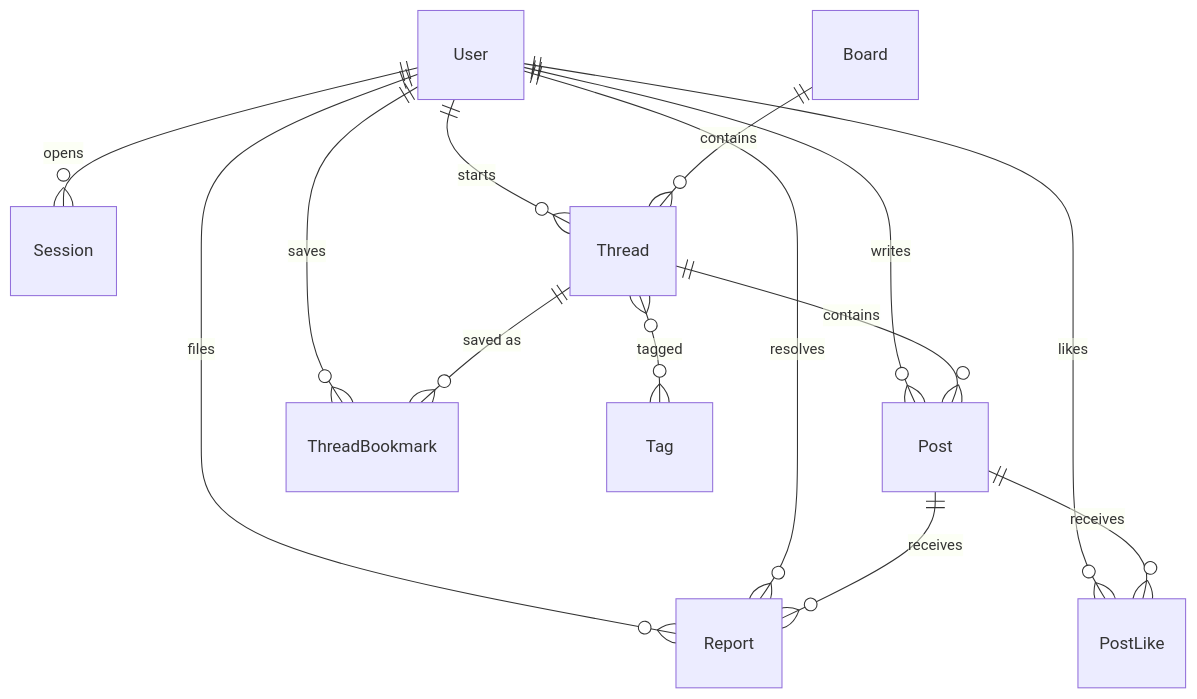
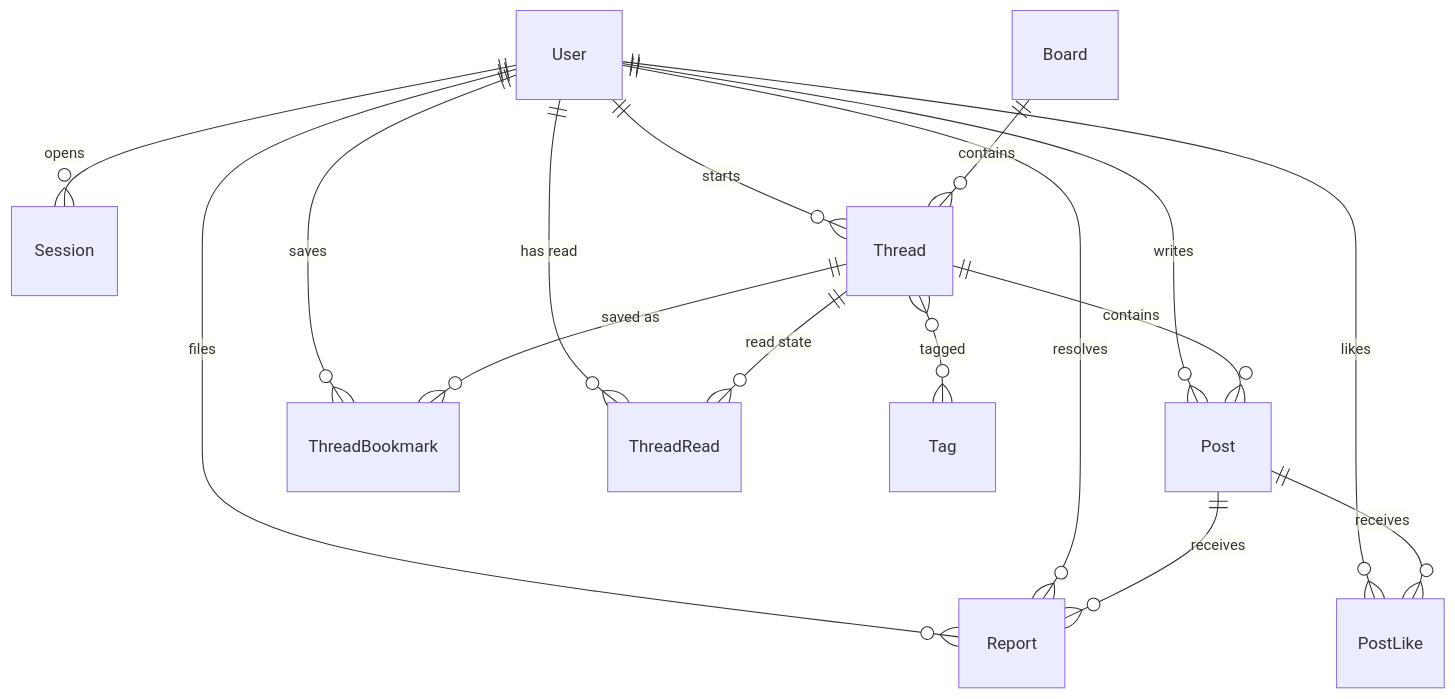
The diagram in docs/03-data-model.md (Galigraver-0722/kindaitoyooka-bbs), drawn with Mermaid before and after one commit. The commit also changed other lines of this file and 44 other files, not shown here.

````diff
--- a/docs/03-data-model.md
+++ b/docs/03-data-model.md
@@ -10,16 +10,18 @@
 ```mermaid
 erDiagram
     User ||--o{ Session : "opens"
     User ||--o{ Thread : "starts"
     User ||--o{ Post : "writes"
     User ||--o{ Report : "files"
     User ||--o{ Report : "resolves"
     User ||--o{ PostLike : "likes"
     User ||--o{ ThreadBookmark : "saves"
+    User ||--o{ ThreadRead : "has read"
     Board ||--o{ Thread : "contains"
     Thread ||--o{ Post : "contains"
     Thread ||--o{ ThreadBookmark : "saved as"
+    Thread ||--o{ ThreadRead : "read state"
     Thread }o--o{ Tag : "tagged"
     Post ||--o{ Report : "receives"
     Post ||--o{ PostLike : "receives"
 ```
````
